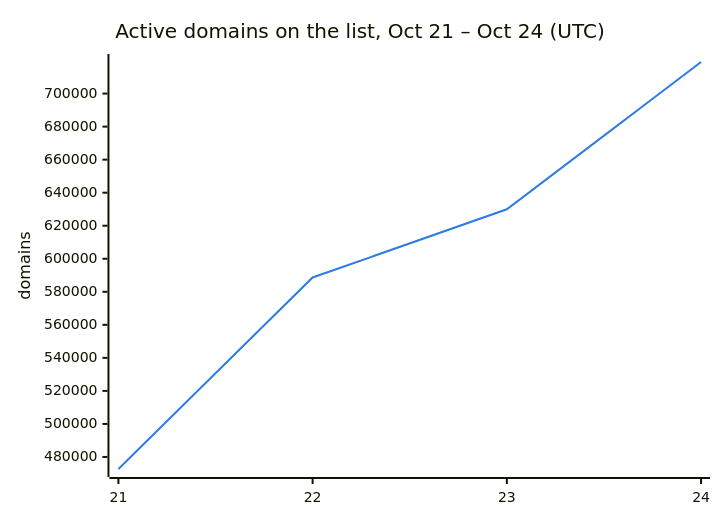
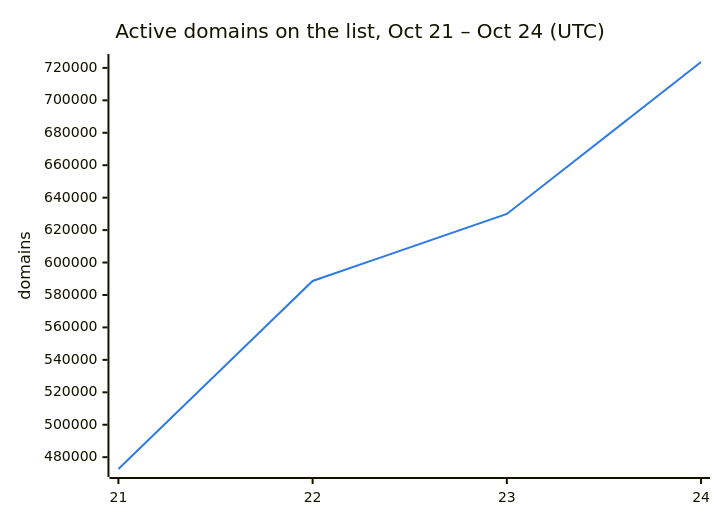
The second of 3 diagrams in README.md (DNSBunker/CTI), drawn with Mermaid before and after one commit. The commit also changed other lines of this file and 3 other files, not shown here.

````diff
--- a/README.md
+++ b/README.md
@@ -38,8 +38,8 @@
 ```mermaid
 %%{init: {"themeVariables": {"xyChart": {"plotColorPalette": "#2c7be5"}}}}%%
 xychart-beta
     title "Active domains on the list, Oct 21 – Oct 24 (UTC)"
     x-axis ["21", "22", "23", "24"]
     y-axis "domains"
-    line [472713, 588659, 629951, 719126]
+    line [472713, 588659, 629951, 723633]
 ```
````
